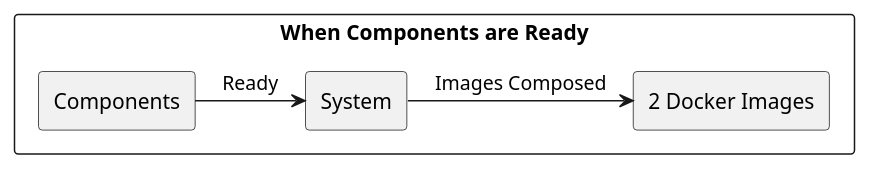
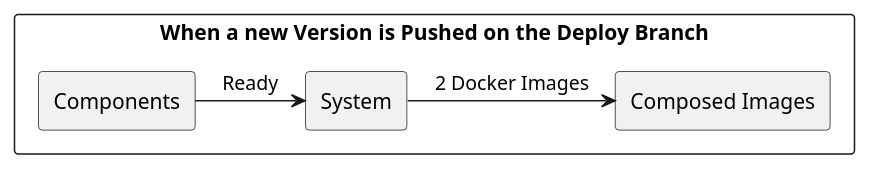
The seventh of 11 diagrams in src/sa/model/index.md (USI-MSDE-SA-2023/sa--edoriggio), drawn with PlantUML before and after one commit. The commit also changed other lines of this file, not shown here.

````diff
--- a/src/sa/model/index.md
+++ b/src/sa/model/index.md
@@ -312,20 +274,20 @@
 ```puml
 @startuml
 
 skinparam componentStyle rectangle
 skinparam monochrome true
 skinparam shadowing false
 
-rectangle "When Components are Ready" {
+rectangle "When a new Version is Pushed on the Deploy Branch" {
 
 rectangle "Components" as Source
-rectangle "2 Docker Images" as Measure
+rectangle "Composed Images" as Measure
 
 Source -> [System] : "Ready"
 
-[System] -> [Measure] : "Images Composed"
+[System] -> [Measure] : "2 Docker Images"
 
 }
 
 @enduml
 ```
````
